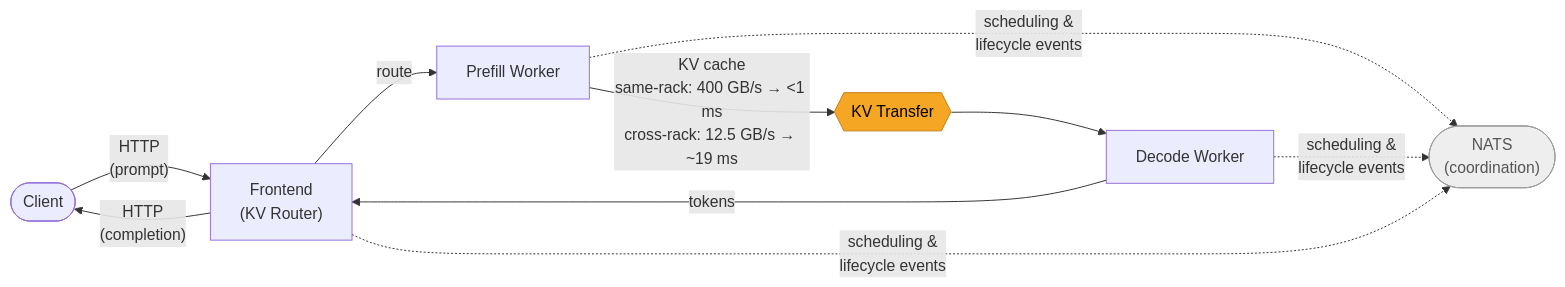
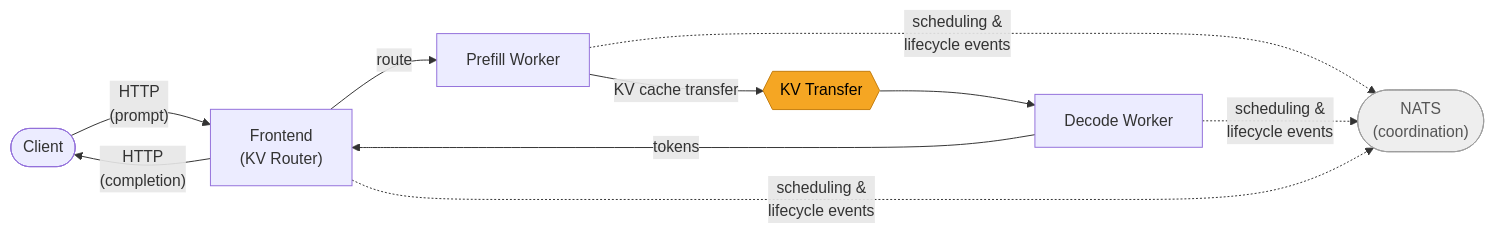
Before and after one commit to urregum/ncx-dynamo-demo: the second of 2 diagrams in docs/architecture.md, drawn with Mermaid.

Commit message:
docs: simplify KV transfer edge label in request path diagram
Removes bandwidth annotations from the D1 flowchart edge label —
the scenario table below the diagram carries those numbers.

````diff
--- a/docs/architecture.md
+++ b/docs/architecture.md
@@ -127,23 +127,23 @@
 ```mermaid
 flowchart LR
     C([Client])
     F["Frontend<br/>(KV Router)"]
     P["Prefill Worker"]
     KV{{"KV Transfer"}}
     D["Decode Worker"]
     N(["NATS<br/>(coordination)"])
 
     C -->|"HTTP<br/>(prompt)"| F
     F -->|"route"| P
-    P -->|"KV cache<br/>same-rack: 400 GB/s → &lt;1 ms<br/>cross-rack: 12.5 GB/s → ~19 ms"| KV
+    P -->|"KV cache transfer"| KV
     KV --> D
     D -->|"tokens"| F
     F -->|"HTTP<br/>(completion)"| C
 
     P -. "scheduling &<br/>lifecycle events" .-> N
     D -. "scheduling &<br/>lifecycle events" .-> N
     F -. "scheduling &<br/>lifecycle events" .-> N
 
     style KV fill:#f5a623,color:#000,stroke:#c47d0e
     style N fill:#eeeeee,stroke:#9e9e9e,color:#555
 ```
````
